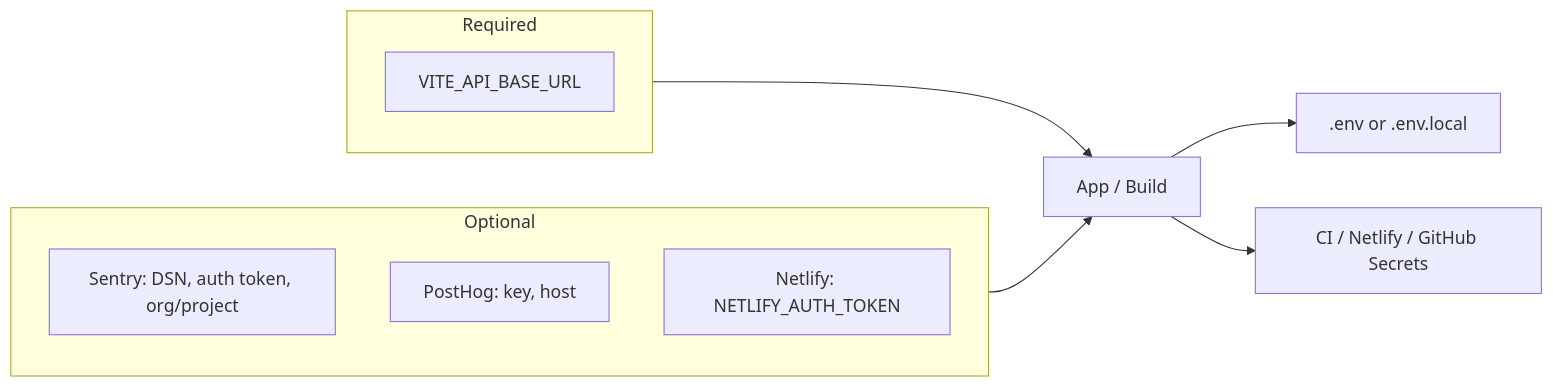
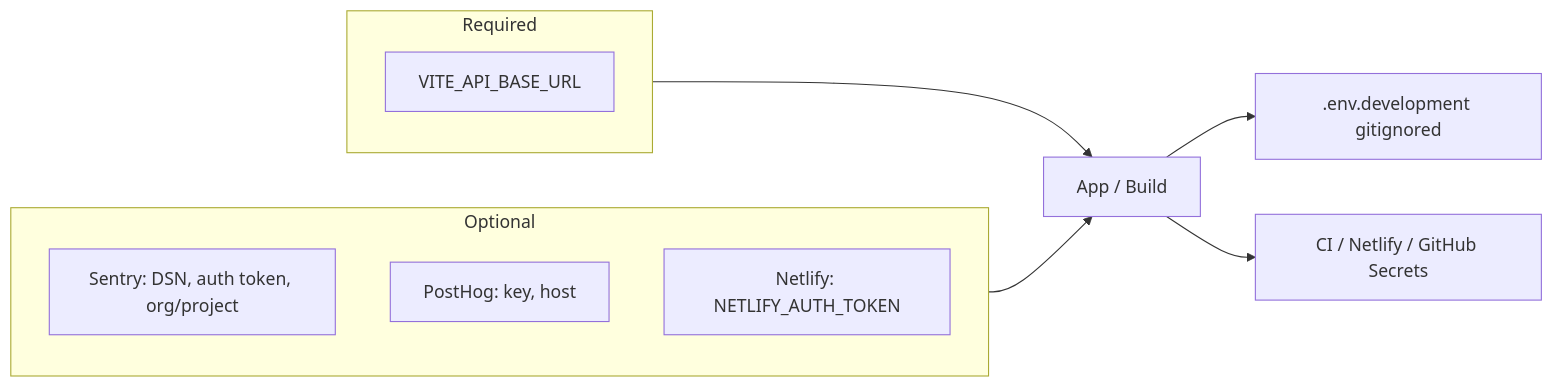
The diagram in docs/integrations/credentials-and-env.md (nikunjmavani/core-fe), drawn with Mermaid before and after one commit. The commit also changed other lines of this file and 71 other files, not shown here.

````diff
--- a/docs/integrations/credentials-and-env.md
+++ b/docs/integrations/credentials-and-env.md
@@ -5,15 +5,15 @@
 ```mermaid
 flowchart LR
   subgraph required["Required"]
     R1[VITE_API_BASE_URL]
   end
   subgraph optional["Optional"]
     O1[Sentry: DSN, auth token, org/project]
     O2[PostHog: key, host]
     O3[Netlify: NETLIFY_AUTH_TOKEN]
   end
   required --> App[App / Build]
   optional --> App
-  App --> Local[.env or .env.local]
+  App --> Local[.env.development gitignored]
   App --> CI[CI / Netlify / GitHub Secrets]
 ```
````
